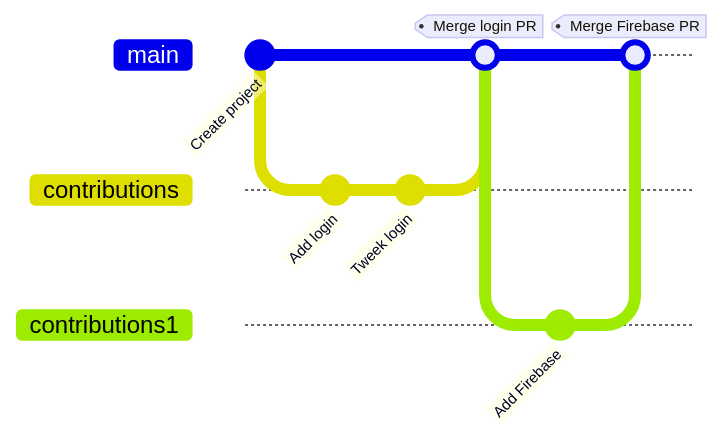
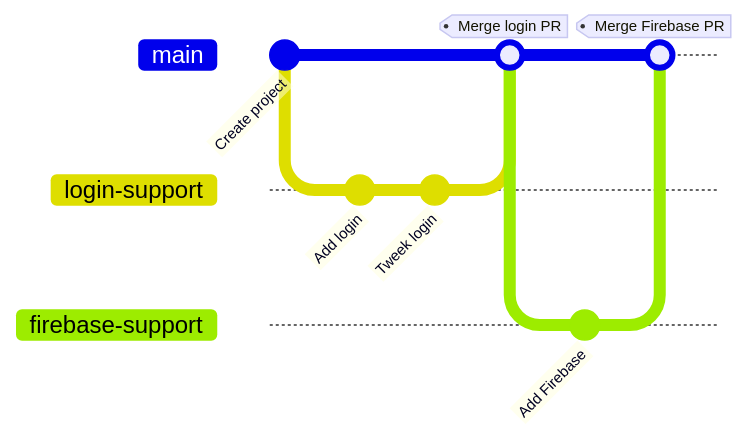
One commit to Hamza-Bouzoubaa/Mealer-AndroidStudioApp changed the diagram in README.md. Above: the diagram before and after it, drawn with Mermaid.

Commit message:
Clarify diagram

````diff
--- a/README.md
+++ b/README.md
@@ -7,14 +7,14 @@
 ```mermaid
 gitGraph
     commit id: "Create project"
-    branch contributions
+    branch login-support
     commit id: "Add login"
     commit id: "Tweek login"
     checkout main
-    merge contributions tag: "Merge login PR"
-    branch contributions1
+    merge login-support tag: "Merge login PR"
+    branch firebase-support
     commit id: "Add Firebase"
     checkout main
-    merge contributions1 tag: "Merge Firebase PR"
+    merge firebase-support tag: "Merge Firebase PR"
 
 ```
````
